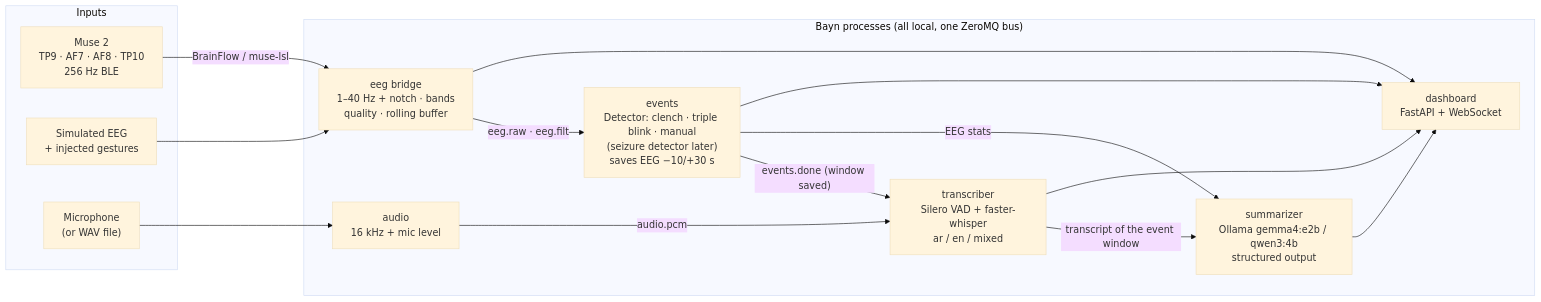
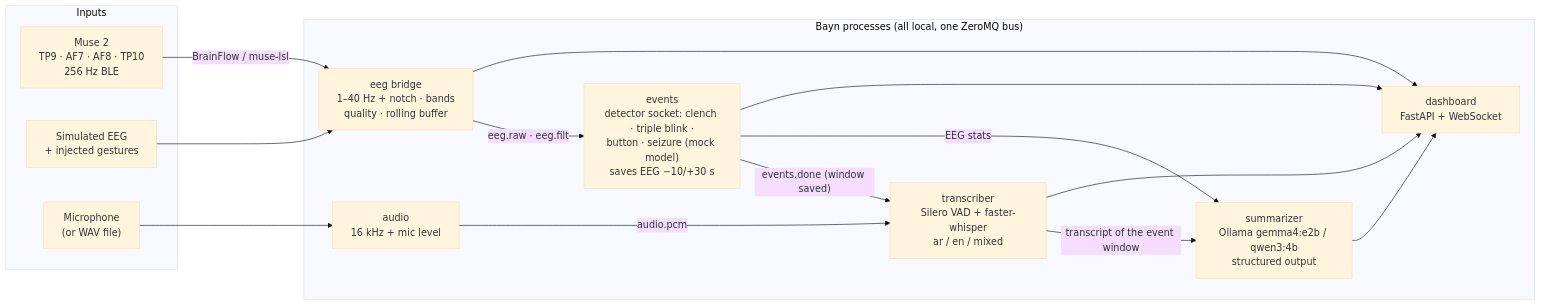
The diagram in README.md (Omar0Rawas/bayn), drawn with Mermaid (base theme) before and after one commit. The commit also changed other lines of this file and 22 other files, not shown here.

````diff
--- a/README.md
+++ b/README.md
@@ -78,28 +89,28 @@
 ```mermaid
 flowchart LR
     subgraph In["Inputs"]
         MUSE["Muse 2<br/>TP9 · AF7 · AF8 · TP10<br/>256 Hz BLE"]
         SIM["Simulated EEG<br/>+ injected gestures"]
         MIC["Microphone<br/>(or WAV file)"]
     end
     MUSE -->|BrainFlow / muse-lsl| BRIDGE
     SIM --> BRIDGE
     MIC --> AUDIO
     subgraph Bayn["Bayn processes (all local, one ZeroMQ bus)"]
         BRIDGE["eeg bridge<br/>1–40 Hz + notch · bands<br/>quality · rolling buffer"]
-        EVENTS["events<br/>Detector: clench · triple blink · manual<br/>(seizure detector later)<br/>saves EEG −10/+30 s"]
+        EVENTS["events<br/>detector socket: clench · triple blink ·<br/>button · seizure (mock model)<br/>saves EEG −10/+30 s"]
         AUDIO["audio<br/>16 kHz + mic level"]
         STT["transcriber<br/>Silero VAD + faster-whisper<br/>ar / en / mixed"]
         SUM["summarizer<br/>Ollama gemma4:e2b / qwen3:4b<br/>structured output"]
         UI["dashboard<br/>FastAPI + WebSocket"]
     end
     BRIDGE -->|eeg.raw · eeg.filt| EVENTS
     AUDIO -->|audio.pcm| STT
     EVENTS -->|"events.done (window saved)"| STT
     STT -->|"transcript of the event window"| SUM
     EVENTS -->|EEG stats| SUM
     BRIDGE --> UI
     EVENTS --> UI
     STT --> UI
     SUM --> UI
 ```
````
